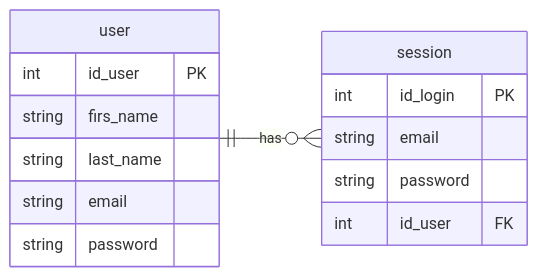
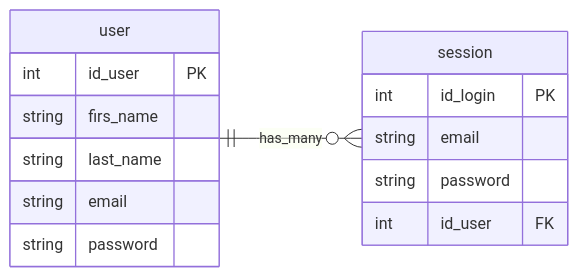
The diagram in README.md (Dwaysetya/fgo24-db-auth-flow), drawn with Mermaid before and after one commit.

Commit message:
fix:update code for kardinal name

````diff
--- a/README.md
+++ b/README.md
@@ -4,23 +4,23 @@
 ```mermaid
 
 erDiagram
 direction LR
-user ||--o{ session :has
+user ||--o{ session :has_many
 
 user{
     int id_user PK
     string firs_name
     string last_name
     string email
     string password
 }
 
 session{
     int id_login PK
     string email
     string password
     int id_user FK
 }
 
 
 ```
````
